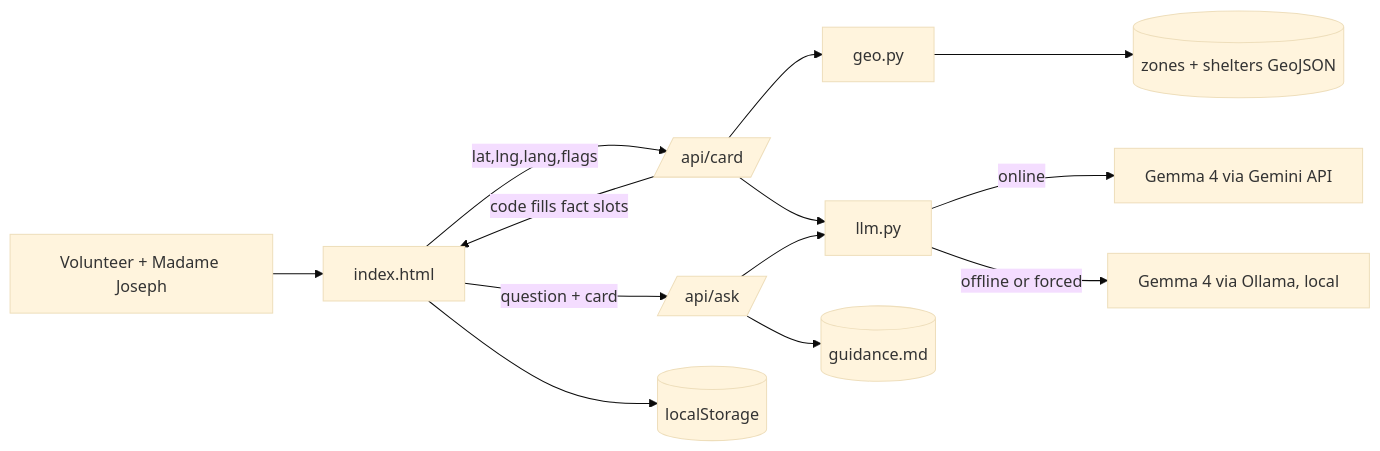
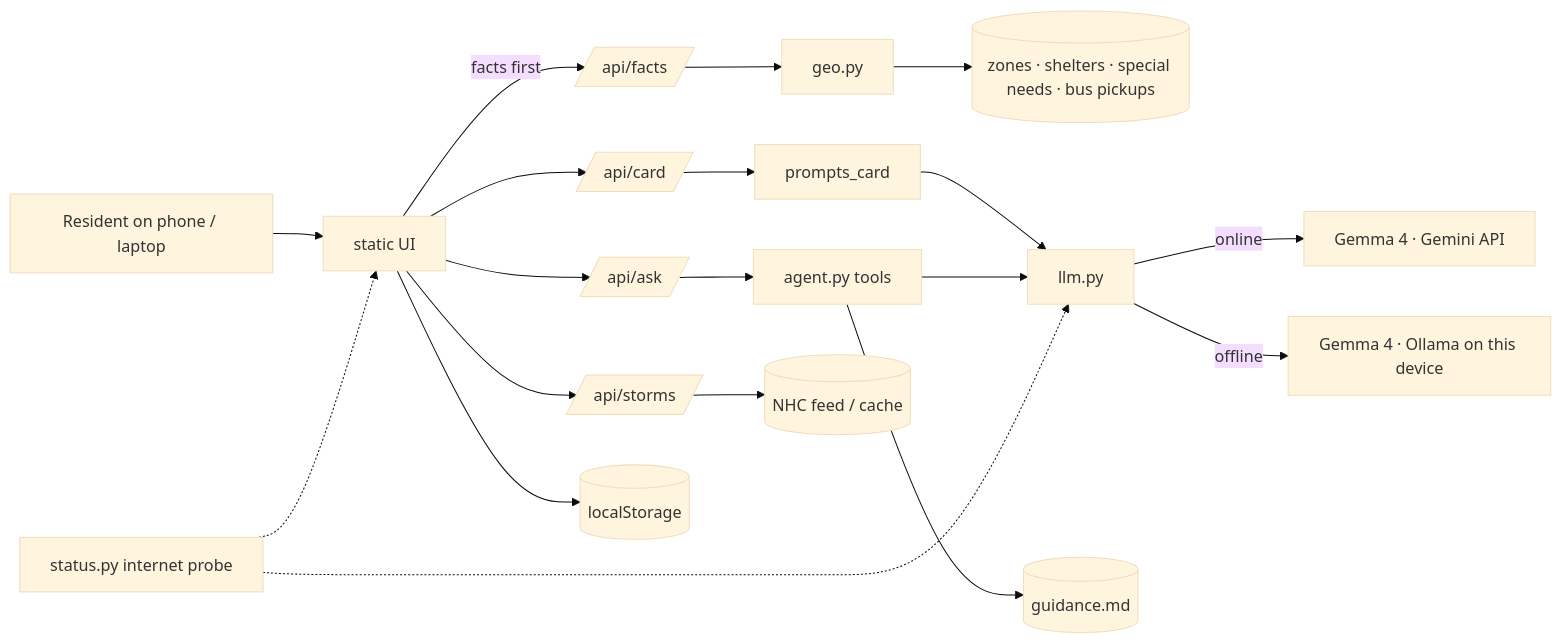
One commit to Piyush20001/h4h-miami changed the diagram in docs/ARCHI.md. Above: the diagram before and after it, drawn with Mermaid (base theme). The commit also changed other lines of this file and 2 other files, not shown here.

First line of the commit message:
docs: ARCHI sync + compaction; drop hub framing (local-on-device now, on-phone Gemma + hubs as future)

````diff
--- a/docs/ARCHI.md
+++ b/docs/ARCHI.md
@@ -166,12 +110,13 @@
 ```mermaid
 flowchart LR
-    U[Volunteer + Madame Joseph] --> UI[index.html]
-    UI -->|lat,lng,lang,flags| C[/api/card/]
-    C --> G[geo.py] --> D[(zones + shelters GeoJSON)]
-    C --> L[llm.py]
-    UI -->|question + card| A[/api/ask/] --> L
-    A --> GD[(guidance.md)]
-    L -->|online| GM[Gemma 4 via Gemini API]
-    L -->|offline or forced| OL[Gemma 4 via Ollama, local]
-    C -->|code fills fact slots| UI --> LS[(localStorage)]
+    U[Resident on phone / laptop] --> UI[static UI]
+    UI -->|facts first| F[/api/facts/] --> G[geo.py] --> D[(zones · shelters · special needs · bus pickups)]
+    UI --> C[/api/card/] --> PC[prompts_card] --> L[llm.py]
+    UI --> A[/api/ask/] --> AG[agent.py tools] --> L
+    AG --> GD[(guidance.md)]
+    UI --> S[/api/storms/] --> N[(NHC feed / cache)]
+    ST[status.py internet probe] -.-> L & UI
+    L -->|online| GM[Gemma 4 · Gemini API]
+    L -->|offline| OL[Gemma 4 · Ollama on this device]
+    UI --> LS[(localStorage)]
 ```
````
